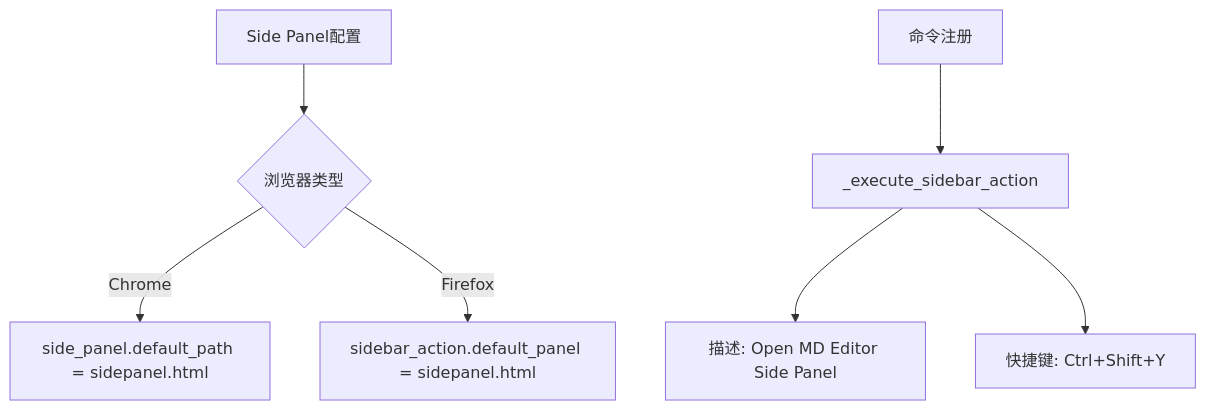
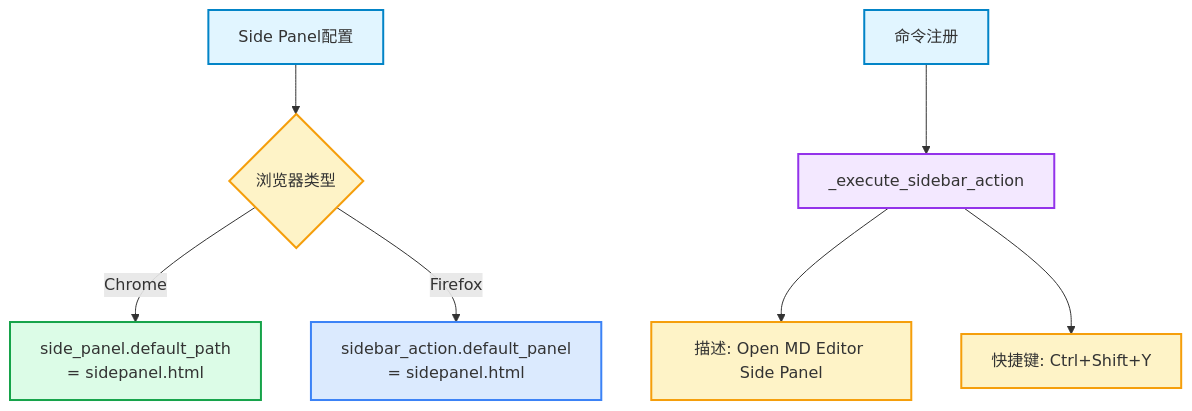
The seventh of 17 diagrams in .qoder/repowiki/zh/content/开发者指南/构建系统详解/构建系统详解.md (alwaysgot200/multipost-wechat-markdown-editor), drawn with Mermaid before and after one commit. The commit also changed other lines of this file and 10 other files, not shown here.

First line of the commit message:
docs(diagrams): 优化项目文档中的mermaid图表格式与样式

````diff
--- a/.qoder/repowiki/zh/content/开发者指南/构建系统详解/构建系统详解.md
+++ b/.qoder/repowiki/zh/content/开发者指南/构建系统详解/构建系统详解.md
@@ -183,9 +198,19 @@
 ```mermaid
 graph TD
-A[Side Panel配置] --> B{浏览器类型}
-B --> |Chrome| C[side_panel.default_path = sidepanel.html]
-B --> |Firefox| D[sidebar_action.default_panel = sidepanel.html]
-E[命令注册] --> F[_execute_sidebar_action]
-F --> G[描述: Open MD Editor Side Panel]
-F --> H[快捷键: Ctrl+Shift+Y]
+    A["Side Panel配置"] --> B{"浏览器类型"}
+    B -->|"Chrome"| C["side_panel.default_path<br/>= sidepanel.html"]
+    B -->|"Firefox"| D["sidebar_action.default_panel<br/>= sidepanel.html"]
+    
+    E["命令注册"] --> F["_execute_sidebar_action"]
+    F --> G["描述: Open MD Editor Side Panel"]
+    F --> H["快捷键: Ctrl+Shift+Y"]
+    
+    style A fill:#e1f5ff,stroke:#0284c7,stroke-width:2px
+    style B fill:#fef3c7,stroke:#f59e0b,stroke-width:2px
+    style C fill:#dcfce7,stroke:#16a34a,stroke-width:2px
+    style D fill:#dbeafe,stroke:#3b82f6,stroke-width:2px
+    style E fill:#e1f5ff,stroke:#0284c7,stroke-width:2px
+    style F fill:#f3e8ff,stroke:#9333ea,stroke-width:2px
+    style G fill:#fef3c7,stroke:#f59e0b,stroke-width:2px
+    style H fill:#fef3c7,stroke:#f59e0b,stroke-width:2px
 ```
````
